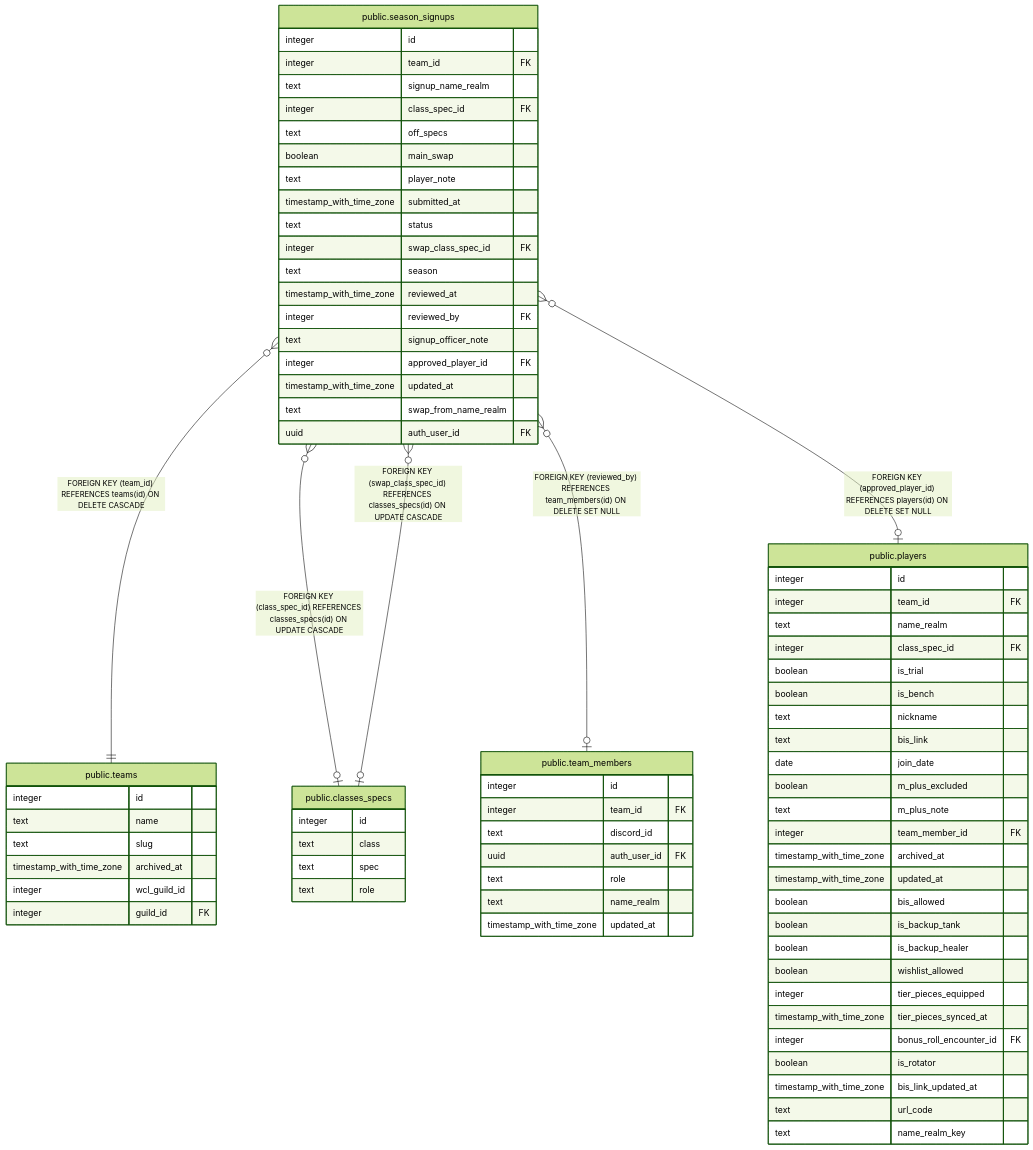
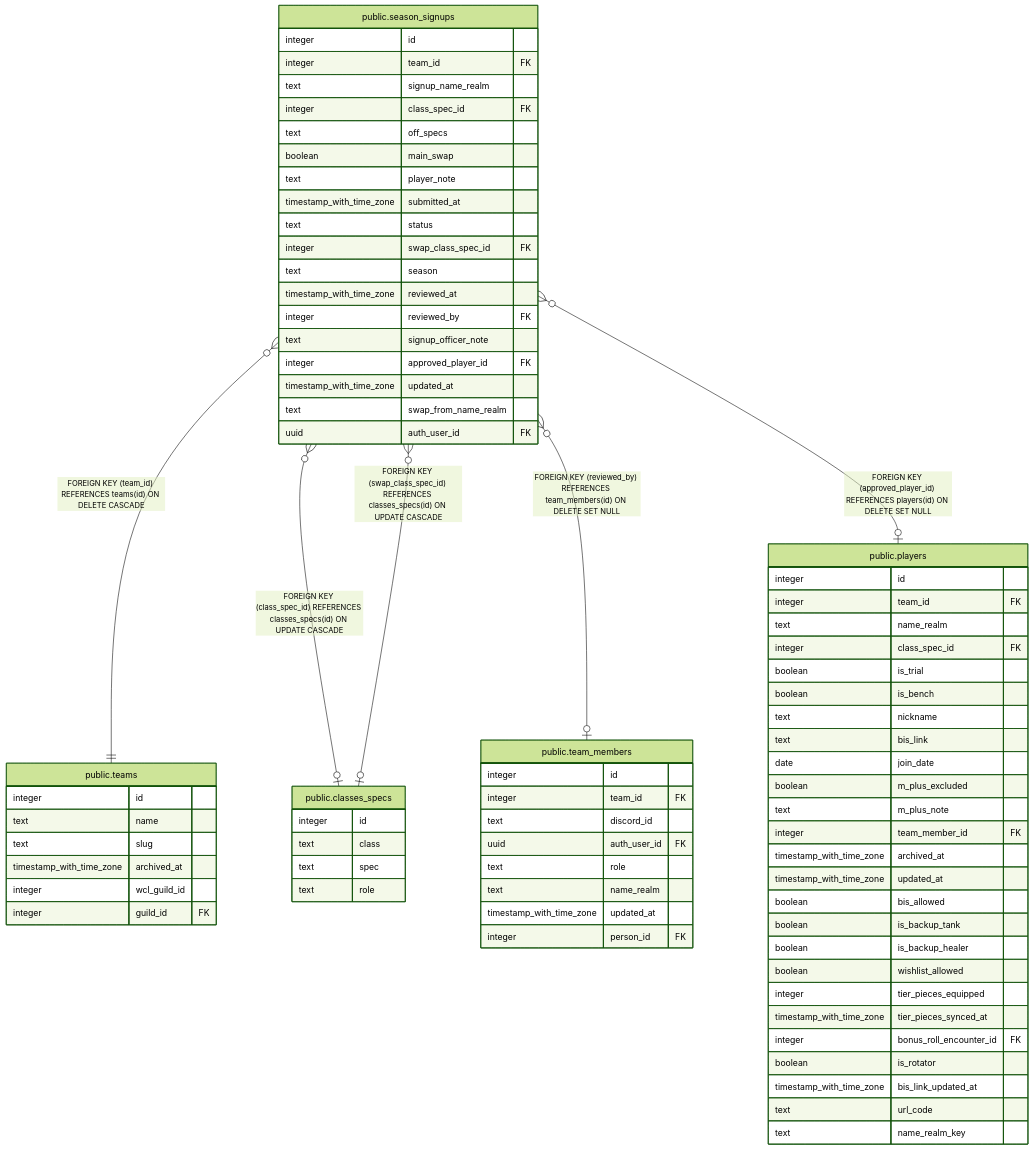
The diagram in dbdoc/public.season_signups.md (katogaming88/WGA-Raid-Hub), drawn with Mermaid (forest theme) before and after one commit. The commit also changed 33 other files, not shown here.

````diff
--- a/dbdoc/public.season_signups.md
+++ b/dbdoc/public.season_signups.md
@@ -54,80 +54,81 @@
 ```mermaid
 erDiagram
 
 "public.season_signups" }o--|| "public.teams" : "FOREIGN KEY (team_id) REFERENCES teams(id) ON DELETE CASCADE"
 "public.season_signups" }o--o| "public.classes_specs" : "FOREIGN KEY (class_spec_id) REFERENCES classes_specs(id) ON UPDATE CASCADE"
 "public.season_signups" }o--o| "public.classes_specs" : "FOREIGN KEY (swap_class_spec_id) REFERENCES classes_specs(id) ON UPDATE CASCADE"
 "public.season_signups" }o--o| "public.team_members" : "FOREIGN KEY (reviewed_by) REFERENCES team_members(id) ON DELETE SET NULL"
 "public.season_signups" }o--o| "public.players" : "FOREIGN KEY (approved_player_id) REFERENCES players(id) ON DELETE SET NULL"
 
 "public.season_signups" {
   integer id
   integer team_id FK
   text signup_name_realm
   integer class_spec_id FK
   text off_specs
   boolean main_swap
   text player_note
   timestamp_with_time_zone submitted_at
   text status
   integer swap_class_spec_id FK
   text season
   timestamp_with_time_zone reviewed_at
   integer reviewed_by FK
   text signup_officer_note
   integer approved_player_id FK
   timestamp_with_time_zone updated_at
   text swap_from_name_realm
   uuid auth_user_id FK
 }
 "public.teams" {
   integer id
   text name
   text slug
   timestamp_with_time_zone archived_at
   integer wcl_guild_id
   integer guild_id FK
 }
 "public.classes_specs" {
   integer id
   text class
   text spec
   text role
 }
 "public.team_members" {
   integer id
   integer team_id FK
   text discord_id
   uuid auth_user_id FK
   text role
   text name_realm
   timestamp_with_time_zone updated_at
+  integer person_id FK
 }
 "public.players" {
   integer id
   integer team_id FK
   text name_realm
   integer class_spec_id FK
   boolean is_trial
   boolean is_bench
   text nickname
   text bis_link
   date join_date
   boolean m_plus_excluded
   text m_plus_note
   integer team_member_id FK
   timestamp_with_time_zone archived_at
   timestamp_with_time_zone updated_at
   boolean bis_allowed
   boolean is_backup_tank
   boolean is_backup_healer
   boolean wishlist_allowed
   integer tier_pieces_equipped
   timestamp_with_time_zone tier_pieces_synced_at
   integer bonus_roll_encounter_id FK
   boolean is_rotator
   timestamp_with_time_zone bis_link_updated_at
   text url_code
   text name_realm_key
 }
 ```
````
